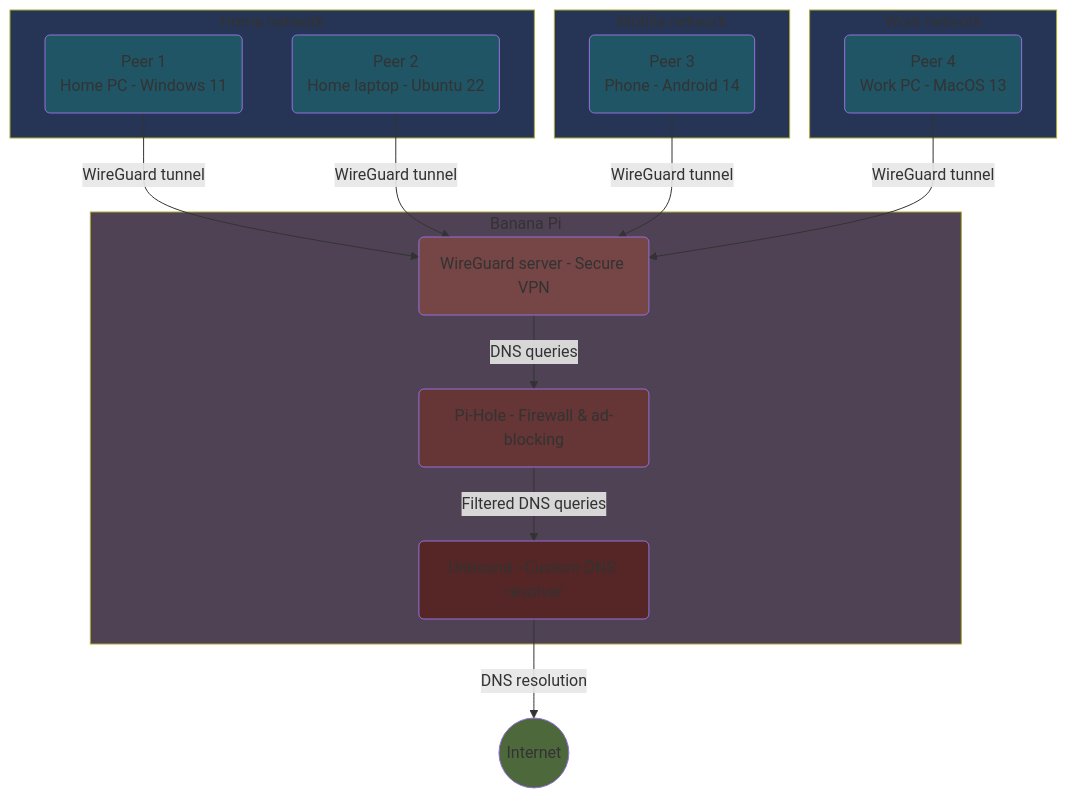
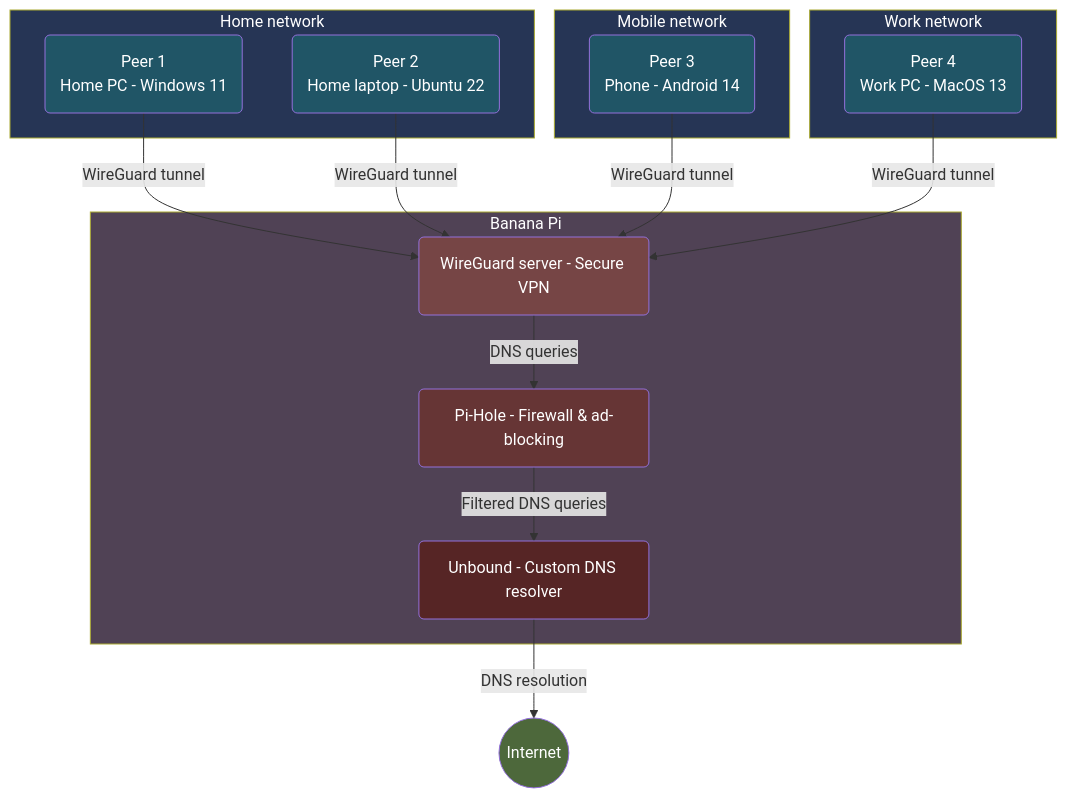
The sixth of 19 diagrams in README.md (Yann39/self-hosted), drawn with Mermaid before and after one commit. The commit also changed other lines of this file, not shown here.

Commit message:
force white text on dark background on every mermaid diagram, so it is readable in light mode

````diff
--- a/README.md
+++ b/README.md
@@ -1365,50 +1365,50 @@
 ```mermaid
 flowchart TB
-    style WINDOWS11 fill: #205566
-    style LAPTOP fill: #205566
-    style MOBILE fill: #205566
-    style MACOS fill: #205566
-    style WIREGUARD_SERVER fill: #764545
-    style PIHOLE fill: #663535
-    style UNBOUND fill: #562525
-    style INTERNET fill: #4d683b
-    style HOME_NETWORK fill: #263555
-    style 5G_NETWORK fill: #263555
-    style WORK_NETWORK fill: #263555
-    style BANANA_PI fill: #504255
+    style WINDOWS11 fill:#205566,color:#fff
+    style LAPTOP fill:#205566,color:#fff
+    style MOBILE fill:#205566,color:#fff
+    style MACOS fill:#205566,color:#fff
+    style WIREGUARD_SERVER fill:#764545,color:#fff
+    style PIHOLE fill:#663535,color:#fff
+    style UNBOUND fill:#562525,color:#fff
+    style INTERNET fill:#4d683b,color:#fff
+    style HOME_NETWORK fill:#263555,color:#fff
+    style 5G_NETWORK fill:#263555,color:#fff
+    style WORK_NETWORK fill:#263555,color:#fff
+    style BANANA_PI fill:#504255,color:#fff
     WINDOWS11(Peer 1 \n Home PC - Windows 11)
     LAPTOP(Peer 2 \n Home laptop - Ubuntu 22)
     MOBILE(Peer 3 \n Phone - Android 14)
     MACOS(Peer 4 \n Work PC - MacOS 13)
     WIREGUARD_SERVER(WireGuard server - Secure VPN)
     PIHOLE(Pi-Hole - Firewall & ad-blocking)
     UNBOUND(Unbound - Custom DNS resolver)
     INTERNET((Internet))
 
     subgraph HOME_NETWORK[Home network]
         WINDOWS11
         LAPTOP
     end
 
     subgraph 5G_NETWORK[Mobile network]
         MOBILE
     end
 
     subgraph WORK_NETWORK[Work network]
         MACOS
     end
 
     subgraph BANANA_PI[Banana Pi]
         WIREGUARD_SERVER
         PIHOLE
         UNBOUND
     end
 
     WINDOWS11 -- WireGuard tunnel --> WIREGUARD_SERVER
     LAPTOP -- WireGuard tunnel --> WIREGUARD_SERVER
     MOBILE -- WireGuard tunnel --> WIREGUARD_SERVER
     MACOS -- WireGuard tunnel --> WIREGUARD_SERVER
     WIREGUARD_SERVER -- DNS queries --> PIHOLE
     PIHOLE -- Filtered DNS queries --> UNBOUND
     UNBOUND -- DNS resolution --> INTERNET
 ```
````
